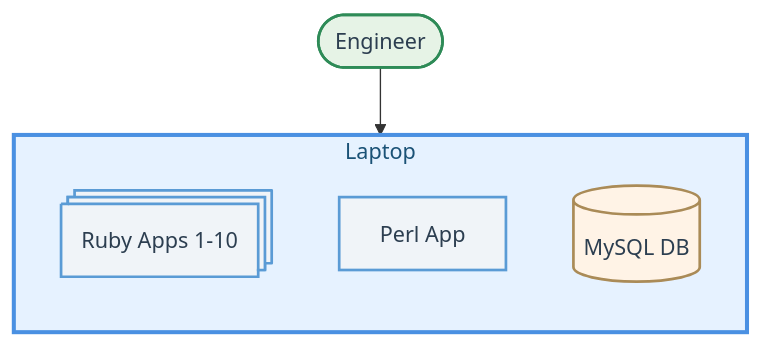
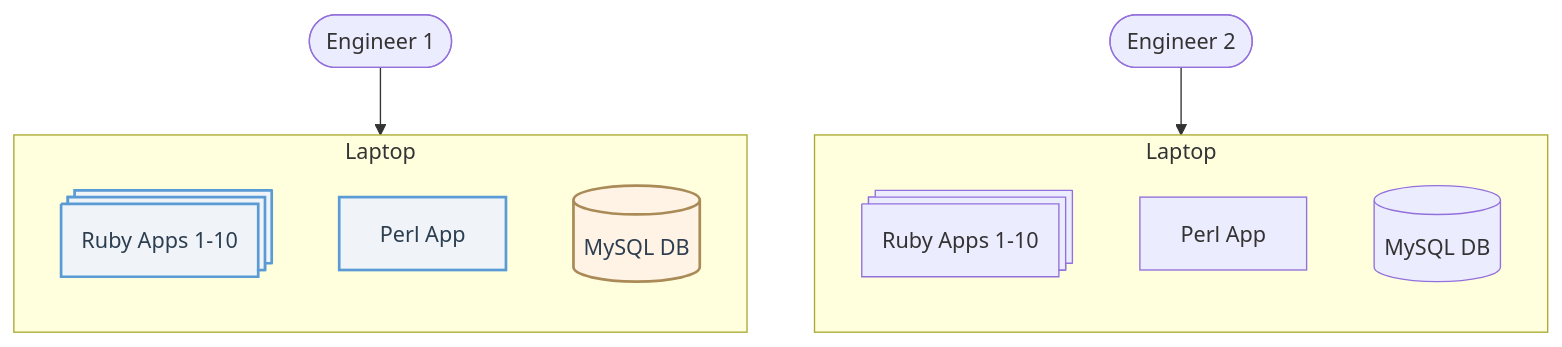
One commit to chazsconi/chazsconi.github.io changed the second of 5 diagrams in _posts/2024-11-19-evolution-of-a-sandbox-platform.md. Above: the diagram before and after it, drawn with Mermaid. The commit also changed other lines of this file, not shown here.

Commit message:
Diagram updates and added Version 5

```diff
--- a/_posts/2024-11-19-evolution-of-a-sandbox-platform.md
+++ b/_posts/2024-11-19-evolution-of-a-sandbox-platform.md
@@ -91,22 +105,30 @@
 <div class="mermaid">
 flowchart TD
     classDef laptop fill:#E6F2FF,stroke:#4A90E2,stroke-width:3px,color:#1A5276,border-radius:10px;
     classDef app fill:#F0F4F8,stroke:#5A9BD5,stroke-width:2px,color:#2C3E50,border-radius:10px;
     classDef database fill:#FFF3E6,stroke:#AA8B57,stroke-width:2px,color:#2C3E50,border-radius:10px;
     classDef engineer fill:#E6F3E6,stroke:#2E8B57,stroke-width:2px,color:#2C3E50,border-radius:10px;
 
-    E([Engineer]) --> L{Laptop}
+    E1([Engineer 1]) --> L1{Laptop}
+    E2([Engineer 2]) --> L2{Laptop}
 
-    subgraph L[Laptop]
+    subgraph L1[Laptop]
         direction TB
         R1@{ shape: procs, label: "Ruby Apps 1-10"}
         P[Perl App]
         DB[(MySQL DB)]
+    end
+
+    subgraph L2[Laptop]
+        direction TB
+        R2@{ shape: procs, label: "Ruby Apps 1-10"}
+        P2[Perl App]
+        DB2[(MySQL DB)]
     end
 
     class L laptop;
     class R1 app;
     class P app;
     class DB database;
     class E engineer;
 </div>
```
